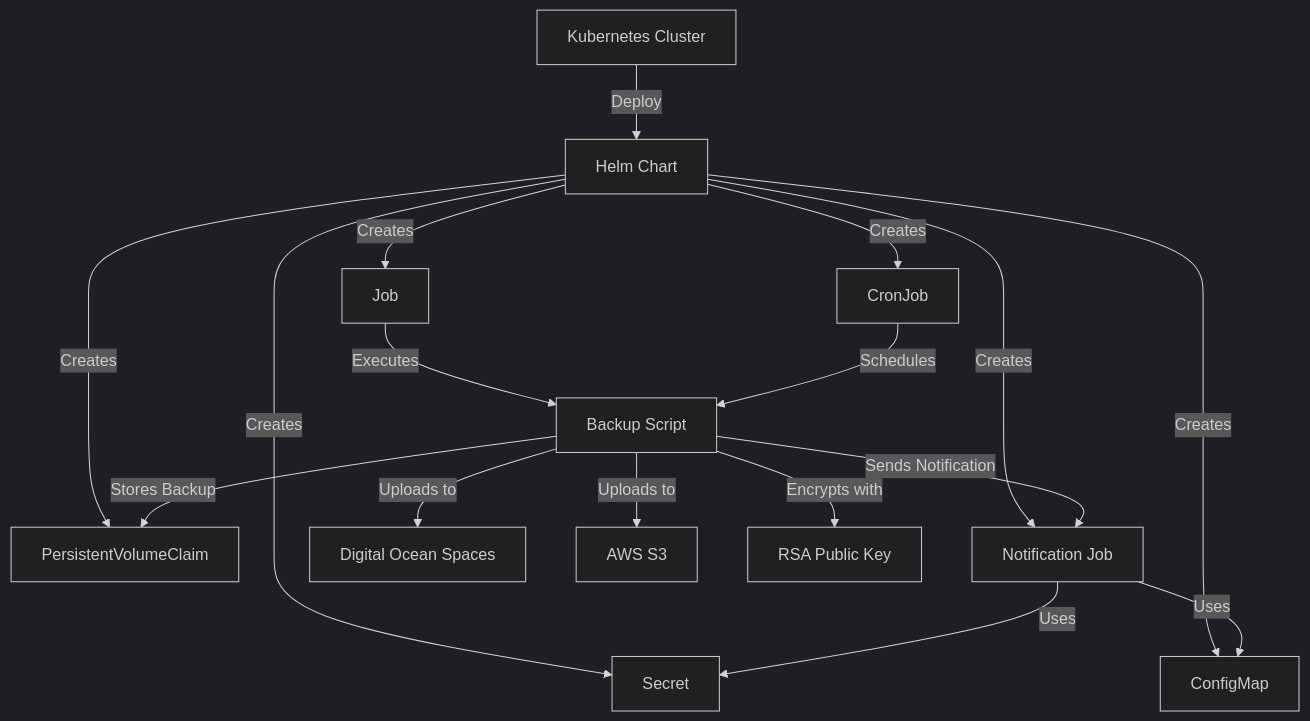
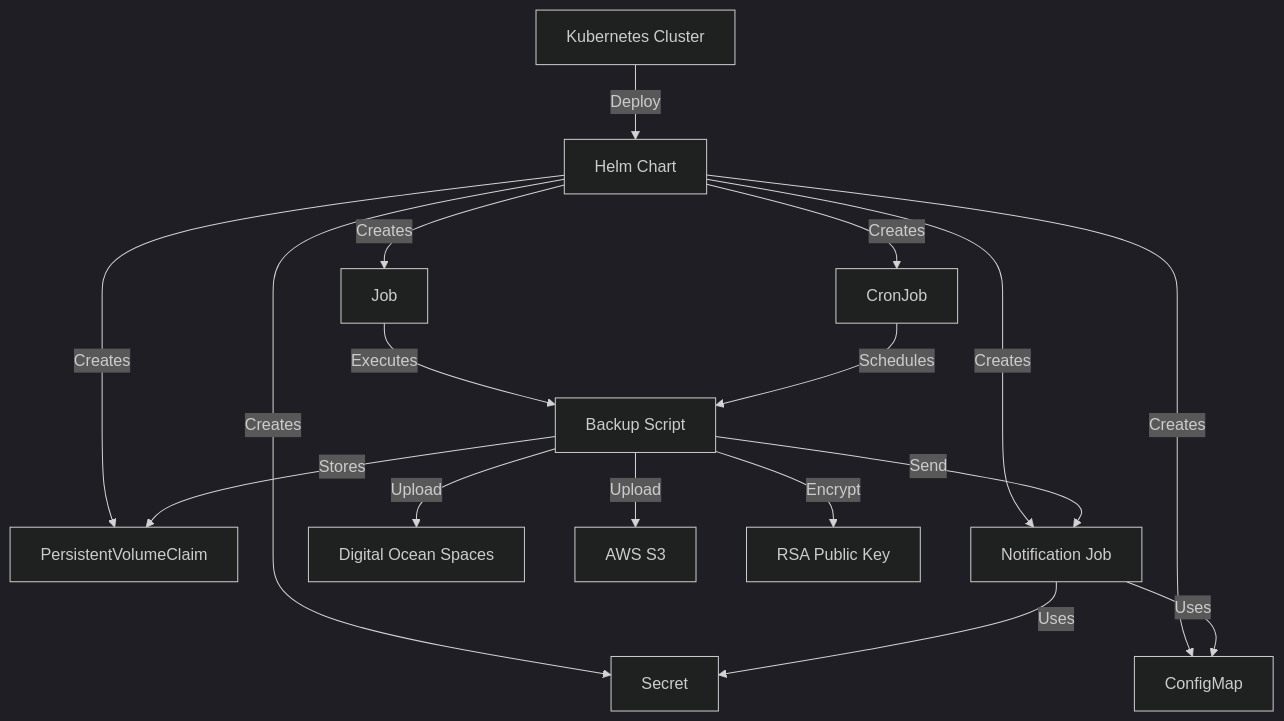
Before and after one commit to devopsvanilla/datashelter: the diagram in README.md, drawn with Mermaid (dark theme). The commit also changed other lines of this file and 1 other file, not shown here.

Commit message:
Revise README files for clarity and structure; enhance descriptions of MySQL backup solution features and documentation sections.

````diff
--- a/README.md
+++ b/README.md
@@ -29,19 +30,19 @@
 ```mermaid
 graph TD
     A[Kubernetes Cluster] -->|Deploy| B[Helm Chart]
     B -->|Creates| C[Job]
     B -->|Creates| D[CronJob]
     B -->|Creates| E[ConfigMap]
     B -->|Creates| F[Secret]
     B -->|Creates| G[PersistentVolumeClaim]
     B -->|Creates| H[Notification Job]
     C -->|Executes| I[Backup Script]
     D -->|Schedules| I
-    I -->|Stores Backup| G
-    I -->|Uploads to| J[Digital Ocean Spaces]
-    I -->|Uploads to| K[AWS S3]
-    I -->|Encrypts with| L[RSA Public Key]
-    I -->|Sends Notification| H
+    I -->|Stores| G
+    I -->|Upload| J[Digital Ocean Spaces]
+    I -->|Upload| K[AWS S3]
+    I -->|Encrypt| L[RSA Public Key]
+    I -->|Send| H
     H -->|Uses| F
     H -->|Uses| E
 ```
````
